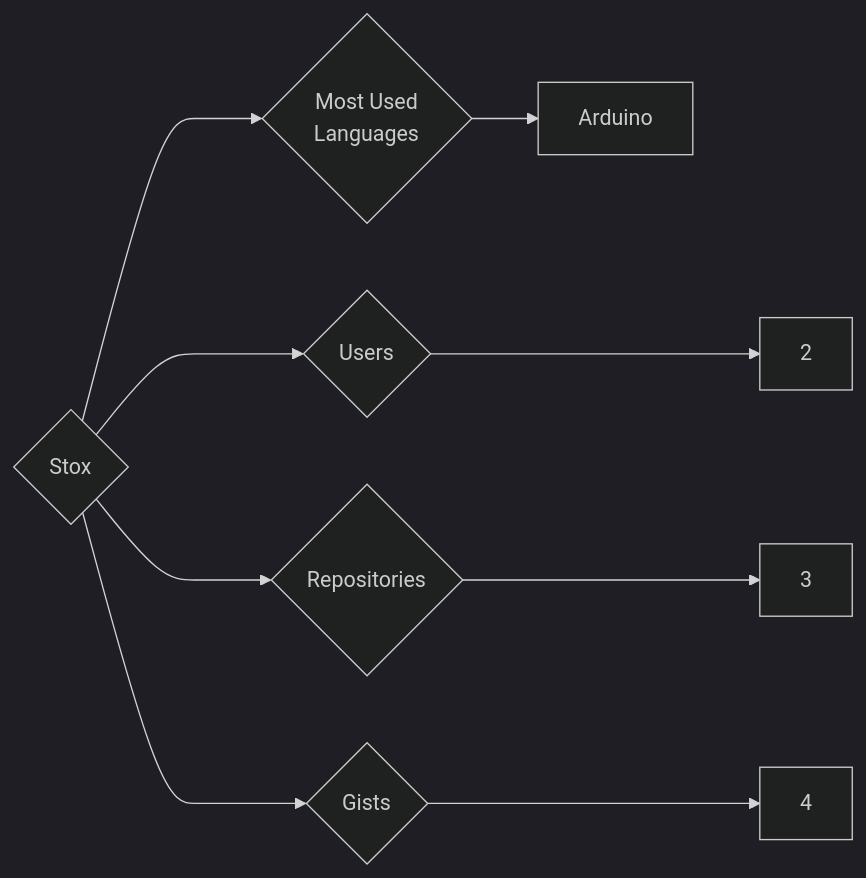
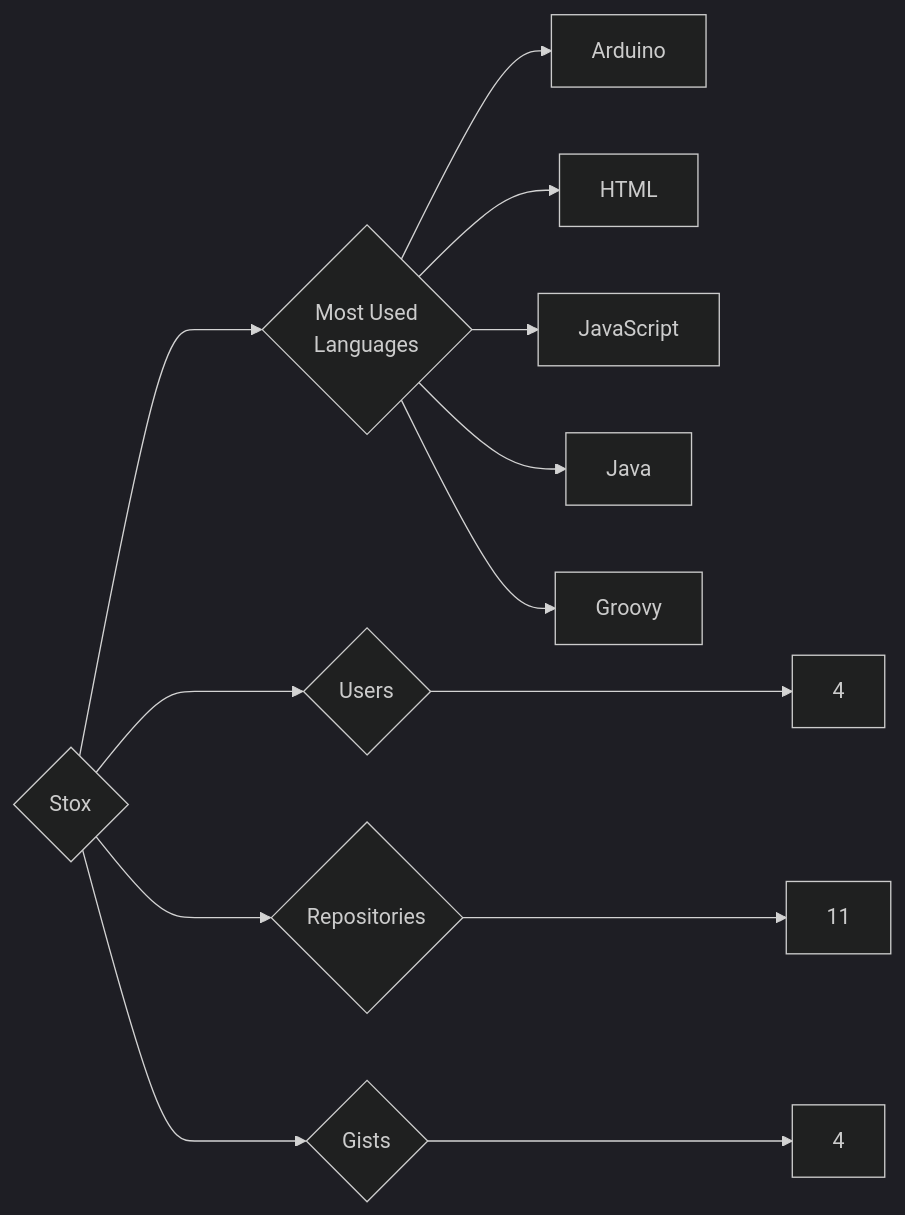
The diagram in targets/Stox/README.md (trickest/insiders), drawn with Mermaid (dark theme) before and after one commit. The commit also changed 955 other files, not shown here.

````diff
--- a/targets/Stox/README.md
+++ b/targets/Stox/README.md
@@ -3,9 +3,13 @@
 ```mermaid
 graph LR
 COMPANY_NAME{Stox}
-COMPANY_NAME ---> U{Users} ---> UN[2]
-COMPANY_NAME ---> R{Repositories} ---> RN[3]
+COMPANY_NAME ---> U{Users} ---> UN[4]
+COMPANY_NAME ---> R{Repositories} ---> RN[11]
 COMPANY_NAME ---> G{Gists} ---> GN[4]
 COMPANY_NAME ---> ML{Most Used<br>Languages}
 ML --> Arduino[Arduino]
+ML --> HTML[HTML]
+ML --> JavaScript[JavaScript]
+ML --> Java[Java]
+ML --> Groovy[Groovy]
 ```
````
